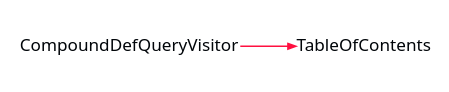
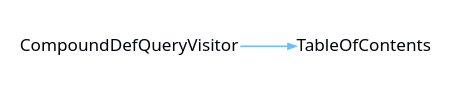
The diagram in Current/images/internal-diagram-58.dot (CharlesCarley/MdDox), drawn with Graphviz before and after one commit. The commit also changed 124 other files, not shown here.

```diff
--- a/Current/images/internal-diagram-58.dot
+++ b/Current/images/internal-diagram-58.dot
@@ -1,26 +1,26 @@
 digraph {
  rankdir = "LR"
  bgcolor = none;
  layout  = dot;
  edge [
    arrowsize = "0.5"
-   color     = "#FF1040FF"
+   color     = "#69BFFFFF"
  ]
- dEKarGf[
+ d0scf2Z[
    shape    = none
    label    = "CompoundDefQueryVisitor"
    margin   = "0.01"
    fontname = "Segoe UI"
    fontsize = "11"
    fontcolor= "#010509FF"
  ]
- WoIarGf[
+ dLxcf2Z[
    shape    = none
    label    = "TableOfContents"
    margin   = "0.01"
    fontname = "Segoe UI"
    fontsize = "11"
    fontcolor= "#010509FF"
  ]
- dEKarGf->WoIarGf
+ d0scf2Z->dLxcf2Z
 }
```
